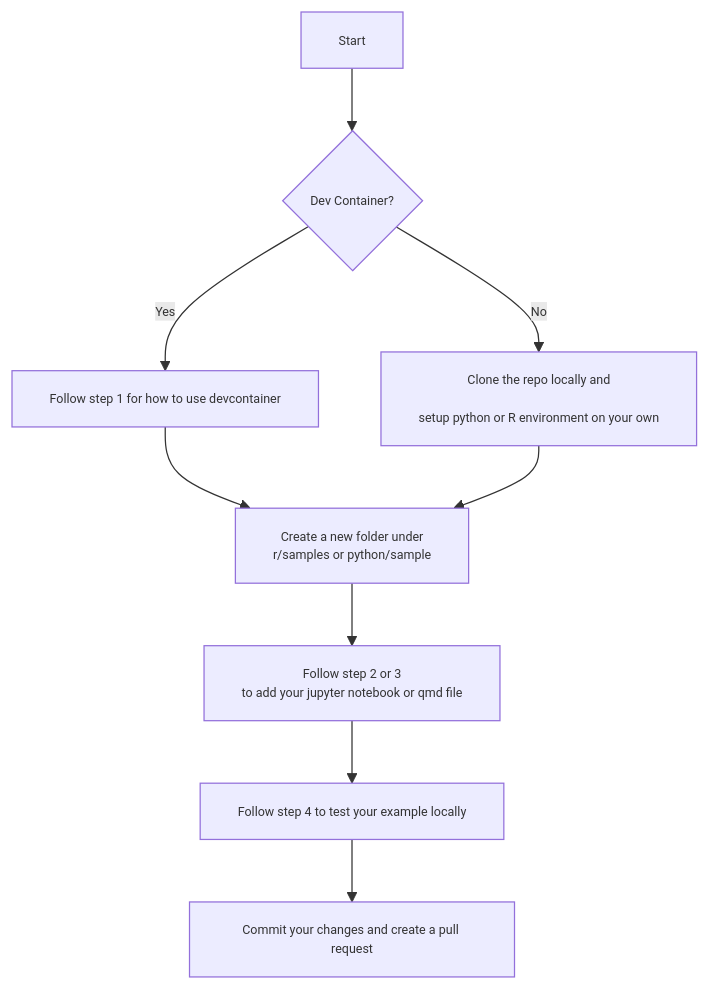
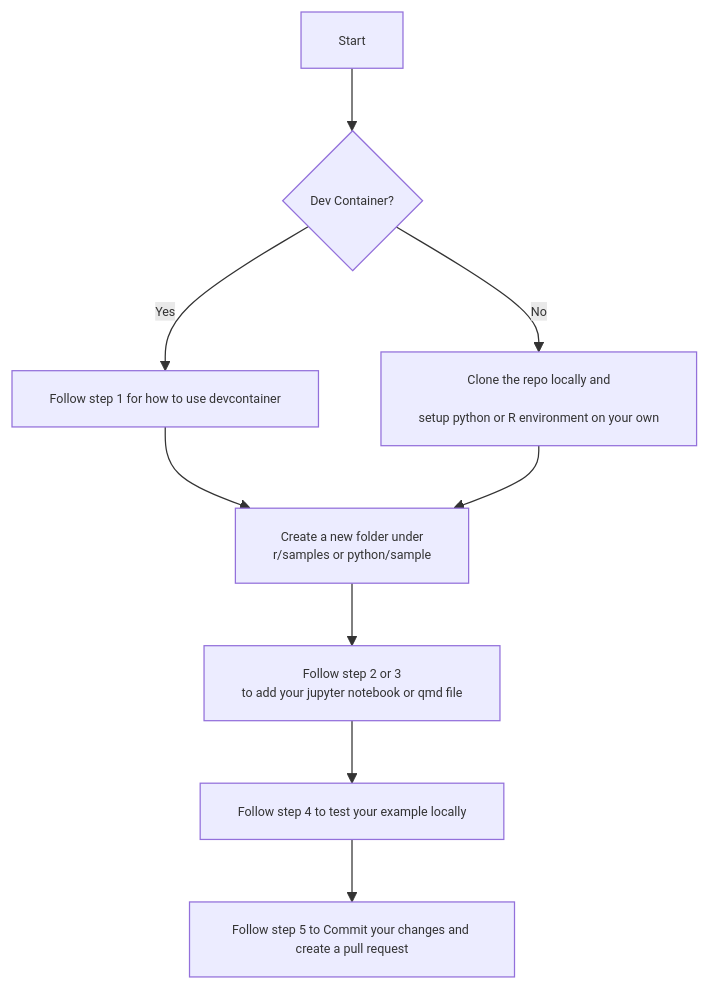
The diagram in README.md (InstituteforDiseaseModeling/data_access_library), drawn with Mermaid before and after one commit. The commit also changed other lines of this file, not shown here.

````diff
--- a/README.md
+++ b/README.md
@@ -14,15 +25,15 @@
 ```mermaid
 %%{init: {'themeVariables': { 'fontSize': '10px', 'nodeSpacing': 1, 'rankSpacing': 1 }}}%%
 graph TD
     A[Start] --> B{Dev Container?}
     B -- Yes --> C[Follow step 1 for how to use devcontainer]
     B -- No --> D[Clone the repo locally and<br>
     setup python or R environment on your own]
     C --> E[Create a new folder under
     r/samples or python/sample]
     D --> E
     E --> F[Follow step 2 or 3 
     to add your jupyter notebook or qmd file]
     F --> G[Follow step 4 to test your example locally]
-    G --> H[Commit your changes and create a pull request]
+    G --> H[Follow step 5 to Commit your changes and create a pull request]
 ```
````
